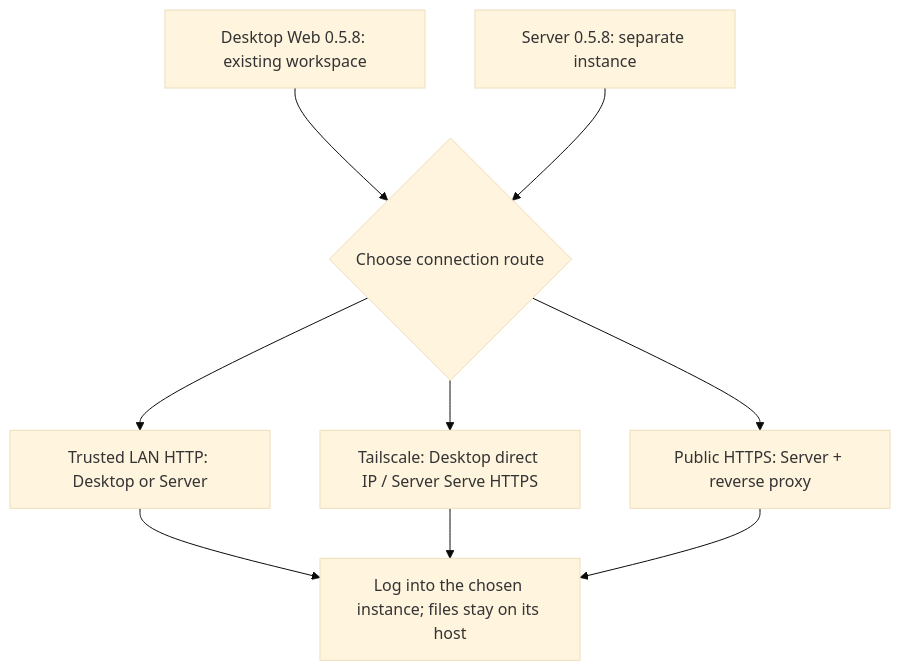
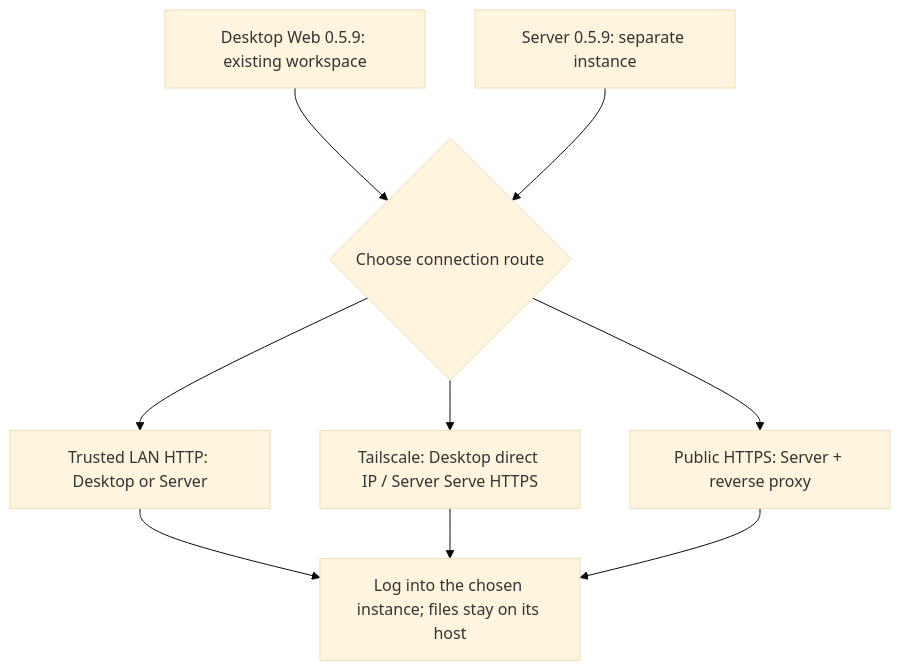
Before and after one commit to murray17/rovai-ai: the diagram in website/site/public/assets/diagrams/deployment-choice-en.mmd, drawn with Mermaid (base theme). The commit also changed 10 other files, not shown here.

```diff
--- a/website/site/public/assets/diagrams/deployment-choice-en.mmd
+++ b/website/site/public/assets/diagrams/deployment-choice-en.mmd
@@ -1,12 +1,12 @@
 flowchart TB
-  desktop["Desktop Web 0.5.8: existing workspace"]
-  server["Server 0.5.8: separate instance"]
+  desktop["Desktop Web 0.5.9: existing workspace"]
+  server["Server 0.5.9: separate instance"]
   choice{"Choose connection route"}
   desktop --> choice
   server --> choice
   choice --> lan["Trusted LAN HTTP: Desktop or Server"]
   choice --> ts["Tailscale: Desktop direct IP / Server Serve HTTPS"]
   choice --> public["Public HTTPS: Server + reverse proxy"]
   lan --> login["Log into the chosen instance; files stay on its host"]
   ts --> login
   public --> login
```
